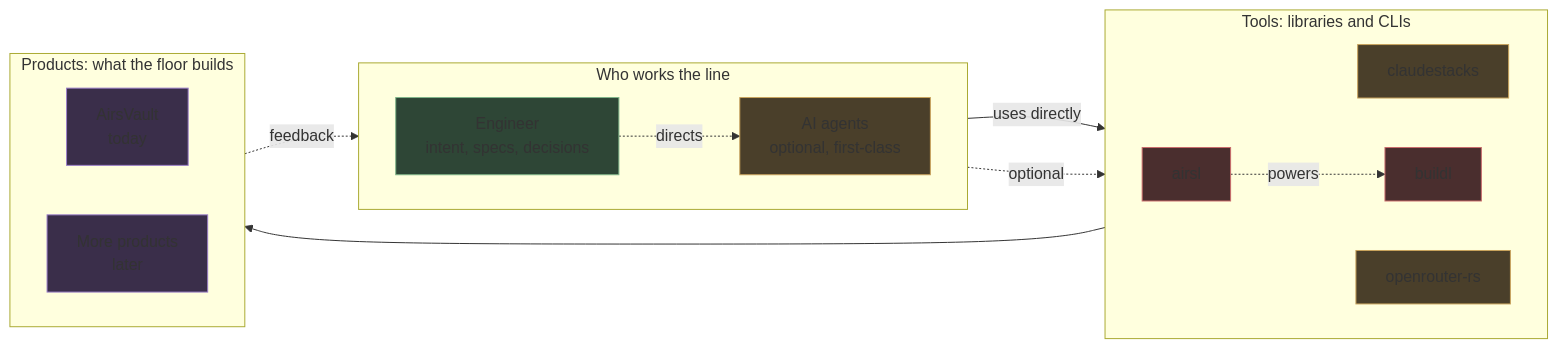
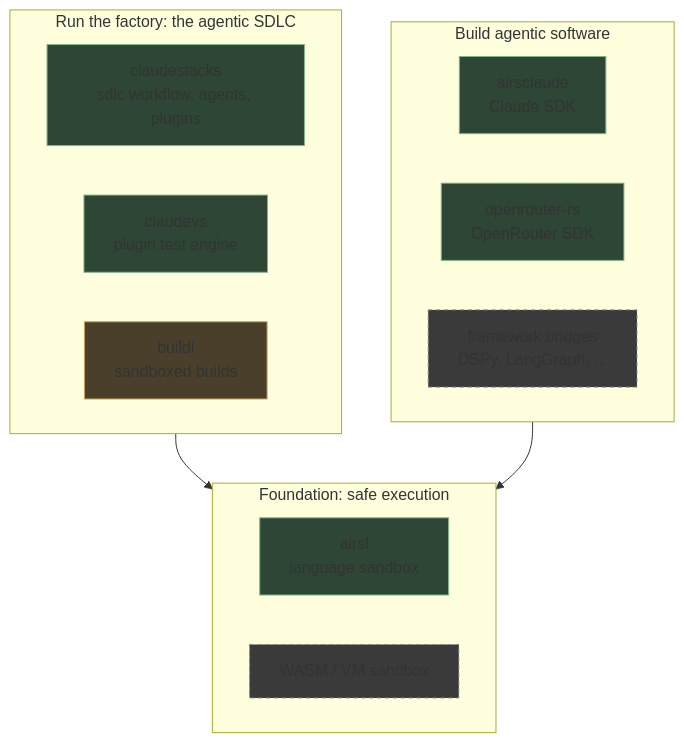
One commit to airsstack/.github changed the diagram in profile/README.md. Above: the diagram before and after it, drawn with Mermaid. The commit also changed other lines of this file, not shown here.

First line of the commit message:
docs(profile): refocus on agentic software factory tooling

````diff
--- a/profile/README.md
+++ b/profile/README.md
@@ -24,39 +19,35 @@
 ```mermaid
-%% airsstack Factory Floor
-flowchart LR
-    subgraph WHO["Who works the line"]
+%% airsstack map
+flowchart TB
+    subgraph A["Run the factory: the agentic SDLC"]
         direction LR
-        ENG["Engineer<br/>intent, specs, decisions"]
-        AGENTS["AI agents<br/>optional, first-class"]
+        SDLC["claudestacks<br/>sdlc workflow, agents, plugins"]
+        CVS["claudevs<br/>plugin test engine"]
+        BUILD["buildl<br/>sandboxed builds"]
     end
 
-    subgraph TOOLS["Tools: libraries and CLIs"]
+    subgraph B["Build agentic software"]
         direction LR
-        STACKS["claudestacks"]
-        OR["openrouter-rs"]
-        BUILD["buildl"]
-        AIRSL["airsl"]
-        AIRSL -.->|"powers"| BUILD
+        CLAUDE["airsclaude<br/>Claude SDK"]
+        OR["openrouter-rs<br/>OpenRouter SDK"]
+        BRIDGE["framework bridges<br/>DSPy, LangGraph, ..."]
     end
 
-    subgraph PRODUCTS["Products: what the floor builds"]
+    subgraph F["Foundation: safe execution"]
         direction LR
-        VAULT["AirsVault<br/>today"]
-        MORE["More products<br/>later"]
+        AIRSL["airsl<br/>language sandbox"]
+        DEEPER["WASM / VM sandbox"]
     end
 
-    ENG -->|"uses directly"| TOOLS
-    ENG -.->|"directs"| AGENTS
-    AGENTS -.->|"optional"| TOOLS
-    TOOLS --> PRODUCTS
-    PRODUCTS -.->|"feedback"| ENG
+    A --> F
+    B --> F
 
-    style ENG fill:#2e4636,stroke:#7fb589
-    style AGENTS fill:#4a3f2a,stroke:#c9a35c
-    style STACKS fill:#4a3f2a,stroke:#c9a35c
-    style OR fill:#4a3f2a,stroke:#c9a35c
-    style BUILD fill:#4a2e2e,stroke:#c96b6b
-    style AIRSL fill:#4a2e2e,stroke:#c96b6b
-    style VAULT fill:#3a2e4a,stroke:#9b7fc9
-    style MORE fill:#3a2e4a,stroke:#9b7fc9
+    style SDLC fill:#2e4636,stroke:#7fb589
+    style CVS fill:#2e4636,stroke:#7fb589
+    style CLAUDE fill:#2e4636,stroke:#7fb589
+    style OR fill:#2e4636,stroke:#7fb589
+    style AIRSL fill:#2e4636,stroke:#7fb589
+    style BUILD fill:#4a3f2a,stroke:#c9a35c
+    style BRIDGE fill:#3a3a3a,stroke:#888,stroke-dasharray: 4 4
+    style DEEPER fill:#3a3a3a,stroke:#888,stroke-dasharray: 4 4
 ```
````
